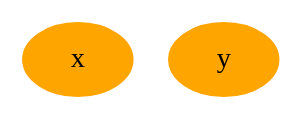
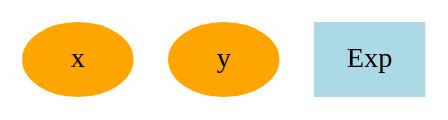
The diagram in sample.dot (Yoshirou-Masuda/train_2), drawn with Graphviz before and after one commit.

```diff
--- a/sample.dot
+++ b/sample.dot
@@ -1,4 +1,5 @@
 digraph g{
 1[label="x", color=orange, style=filled]
 2[label="y", color=orange, style=filled]
+3[label="Exp", color=lightblue, style=filled, shape=box]
 }
```
